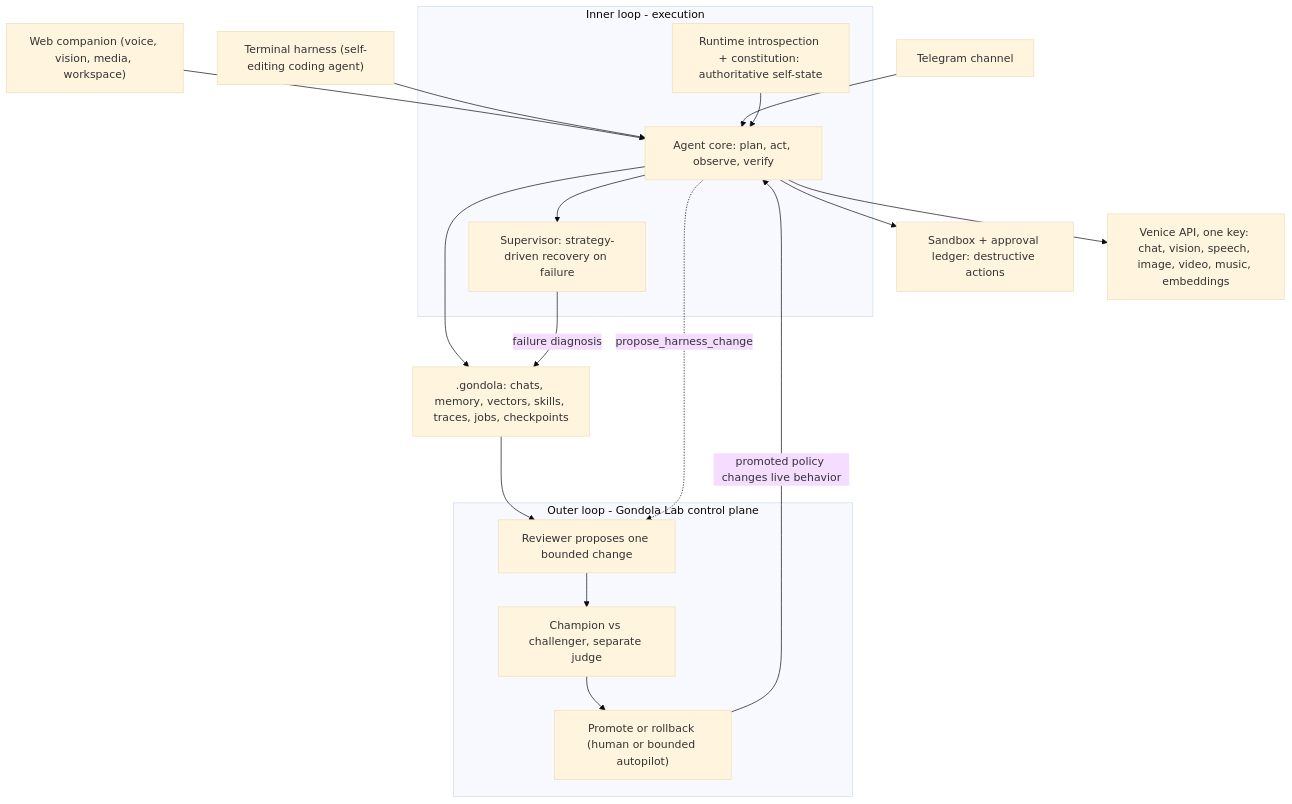
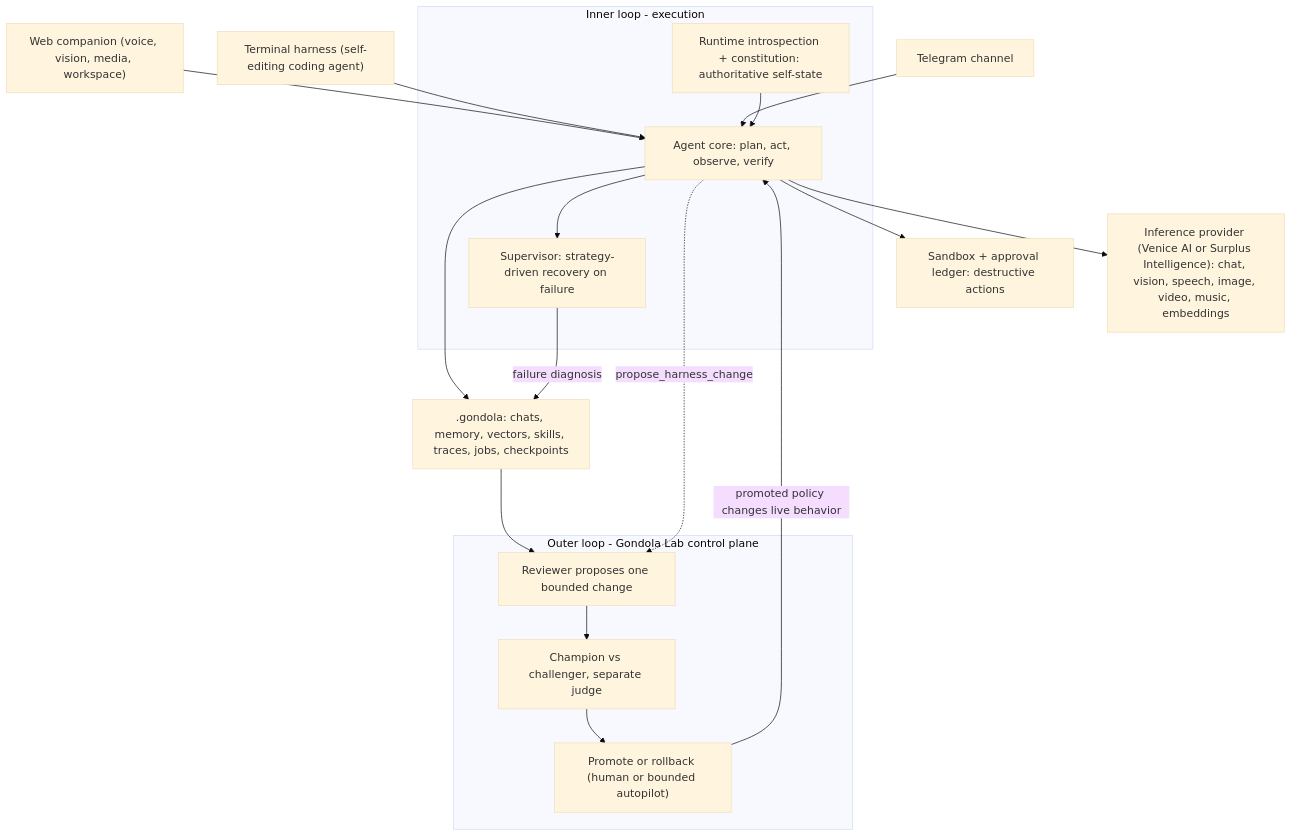
The diagram in README.md (autrera/gondola), drawn with Mermaid (base theme) before and after one commit. The commit also changed other lines of this file and 28 other files, not shown here.

First line of the commit message:
feat(providers): add Surplus Intelligence provider integration (#3)

````diff
--- a/README.md
+++ b/README.md
@@ -90,30 +90,30 @@
 ```mermaid
 flowchart TB
   Web["Web companion (voice, vision, media, workspace)"] --> Agent
   CLI["Terminal harness (self-editing coding agent)"] --> Agent
   TG["Telegram channel"] --> Agent
 
   subgraph innerLoop [Inner loop - execution]
     Runtime["Runtime introspection + constitution: authoritative self-state"]
     Agent["Agent core: plan, act, observe, verify"]
     Supervisor["Supervisor: strategy-driven recovery on failure"]
     Runtime --> Agent
     Agent --> Supervisor
   end
 
   Agent --> Guard["Sandbox + approval ledger: destructive actions"]
-  Agent --> Venice["Venice API, one key: chat, vision, speech, image, video, music, embeddings"]
+  Agent --> Provider["Inference provider (Venice AI or Surplus Intelligence): chat, vision, speech, image, video, music, embeddings"]
   Agent --> Store[".gondola: chats, memory, vectors, skills, traces, jobs, checkpoints"]
 
   subgraph outerLoop [Outer loop - Gondola Lab control plane]
     Reviewer["Reviewer proposes one bounded change"]
     Evaluate["Champion vs challenger, separate judge"]
     Promote["Promote or rollback (human or bounded autopilot)"]
     Reviewer --> Evaluate --> Promote
   end
 
   Store --> Reviewer
   Supervisor -->|"failure diagnosis"| Store
   Agent -.->|"propose_harness_change"| Reviewer
   Promote -->|"promoted policy changes live behavior"| Agent
 ```
````
